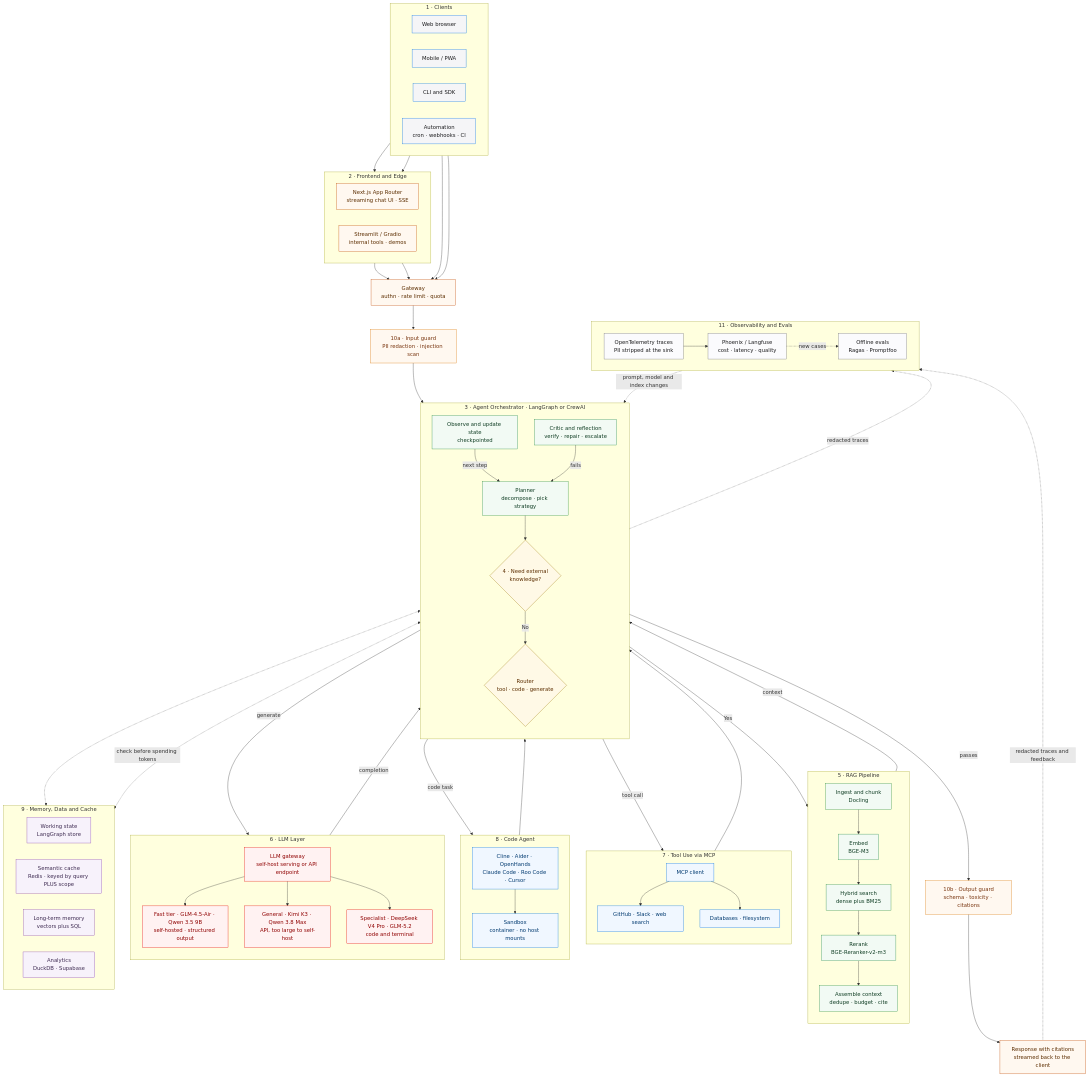
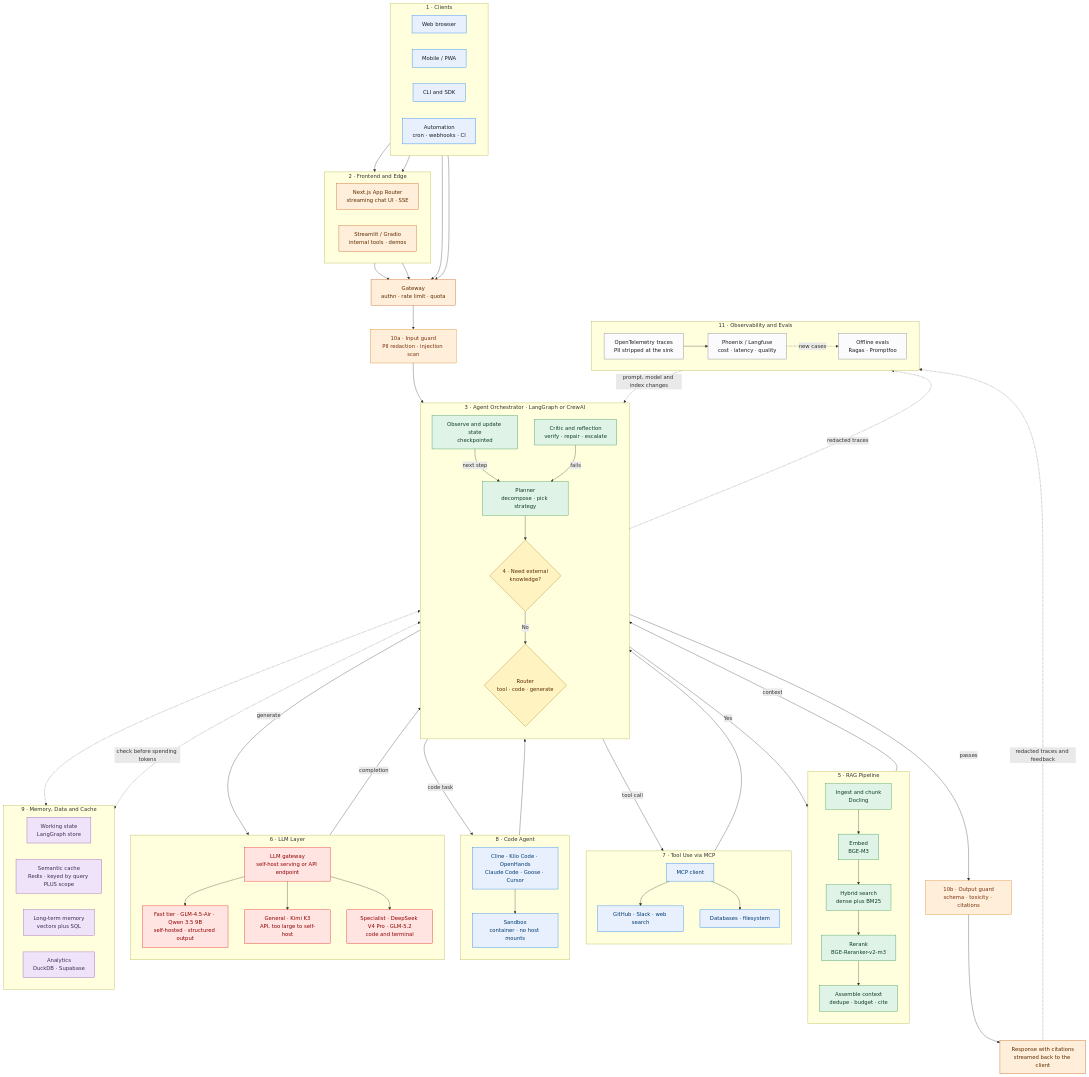
One commit to mlvpatel/open-weight-agent-stack changed the second of 3 diagrams in docs/ARCHITECTURE.md. Above: the diagram before and after it, drawn with Mermaid. The commit also changed other lines of this file and 14 other files, not shown here.

```diff
--- a/docs/ARCHITECTURE.md
+++ b/docs/ARCHITECTURE.md
@@ -71,7 +71,7 @@
 
     subgraph L8["8 · Code Agent"]
         direction TB
-        A0["Cline · Aider · OpenHands<br/>Claude Code · Roo Code · Cursor"]
+        A0["Cline · Kilo Code · OpenHands<br/>Claude Code · Goose · Cursor"]
         A1["Sandbox<br/>container · no host mounts"]
     end
 
@@ -79,7 +79,7 @@
         direction TB
         M0["LLM gateway<br/>self-host serving or API endpoint"]
         M1["Fast tier · GLM-4.5-Air · Qwen 3.5 9B<br/>self-hosted · structured output"]
-        M2["General · Kimi K3 · Qwen 3.8 Max<br/>API, too large to self-host"]
+        M2["General · Kimi K3<br/>API, too large to self-host"]
         M3["Specialist · DeepSeek V4 Pro · GLM-5.2<br/>code and terminal"]
     end
 
@@ -142,16 +142,16 @@
     O2 -.->|new cases| EV
     EV -.->|prompt, model and index changes| PLAN
 
-    classDef client fill:#f5f5f7,stroke:#0071e3,color:#1d1d1f
-    classDef fe fill:#fff8f0,stroke:#bf4800,color:#5c2e00
-    classDef orch fill:#f2faf4,stroke:#248a3d,color:#0f3d23
-    classDef rag fill:#f2faf4,stroke:#248a3d,color:#0f3d23
-    classDef llm fill:#fff2f2,stroke:#e30000,color:#8f0000
-    classDef tool fill:#f0f7ff,stroke:#0071e3,color:#003a70
-    classDef mem fill:#f7f2fb,stroke:#8944ab,color:#3f2c52
-    classDef guard fill:#fff8f0,stroke:#d97706,color:#78350f
+    classDef client fill:#e8f0fe,stroke:#0071e3,color:#1d1d1f
+    classDef fe fill:#ffeeda,stroke:#bf4800,color:#5c2e00
+    classDef orch fill:#dff3e6,stroke:#248a3d,color:#0f3d23
+    classDef rag fill:#dff3e6,stroke:#248a3d,color:#0f3d23
+    classDef llm fill:#ffe4e2,stroke:#e30000,color:#8f0000
+    classDef tool fill:#e8f0fe,stroke:#0071e3,color:#003a70
+    classDef mem fill:#efe3f9,stroke:#8944ab,color:#3f2c52
+    classDef guard fill:#ffeeda,stroke:#d97706,color:#78350f
     classDef obs fill:#fbfbfd,stroke:#6e6e73,color:#1d1d1f
-    classDef decision fill:#fff9e6,stroke:#997404,color:#5c2e00
+    classDef decision fill:#fff3c2,stroke:#997404,color:#5c2e00
 
     class C1,C2,C3,C4 client
     class F1,F2,GW,RESP fe
```
